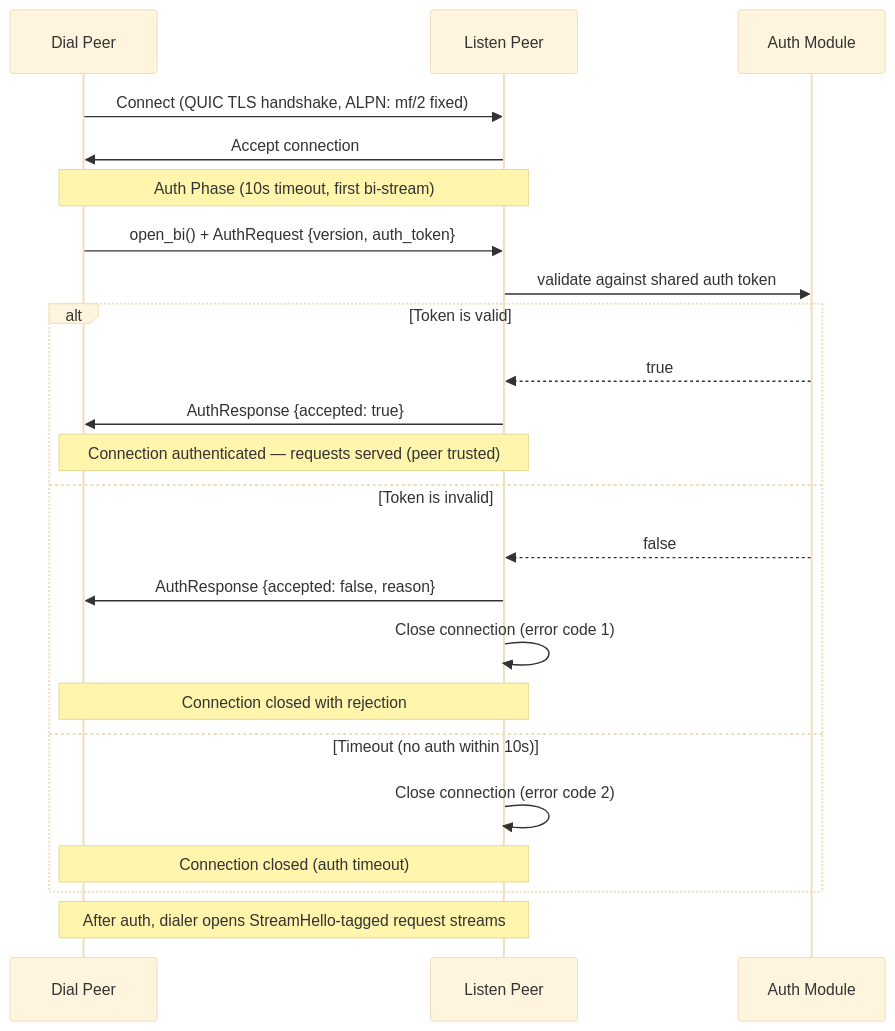
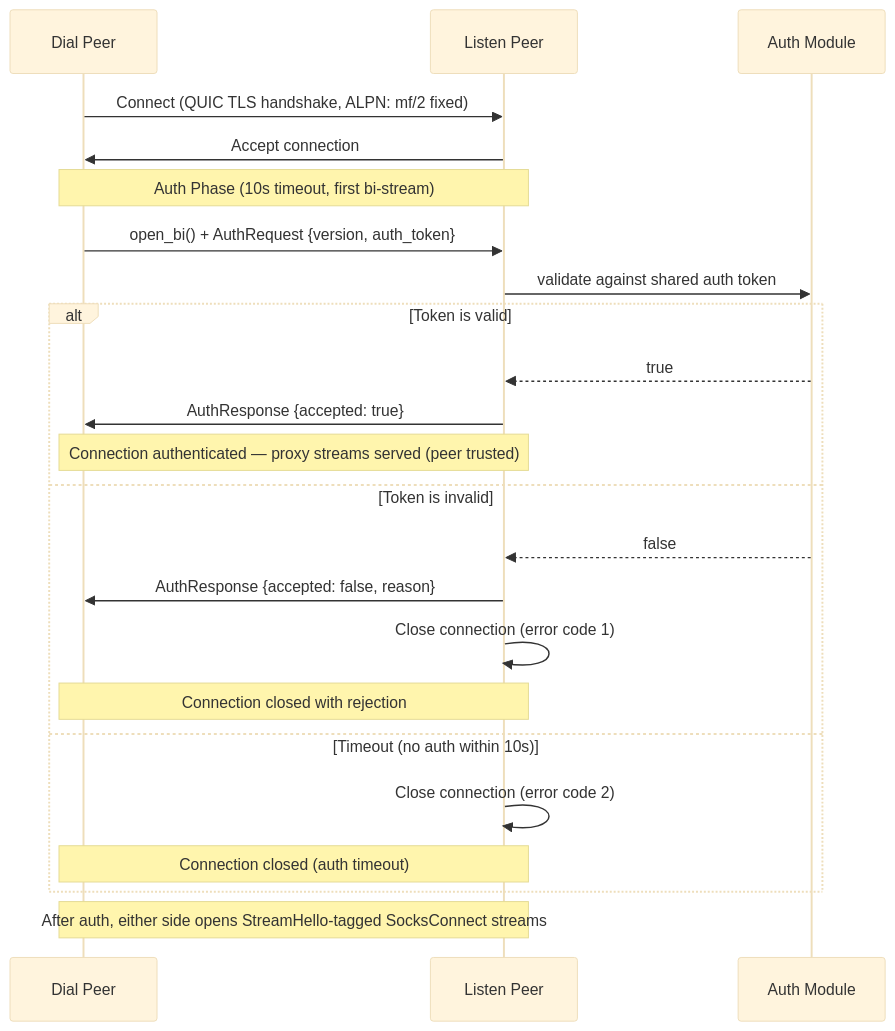
One commit to andrewtheguy/duopipe changed diagram 16 of 21 in docs/ARCHITECTURE.md. Above: the diagram before and after it, drawn with Mermaid (base theme). The commit also changed other lines of this file and 11 other files, not shown here.

````diff
--- a/docs/ARCHITECTURE.md
+++ b/docs/ARCHITECTURE.md
@@ -568,28 +571,28 @@
 ```mermaid
 sequenceDiagram
     participant D as Dial Peer
     participant L as Listen Peer
     participant A as Auth Module
 
     D->>L: Connect (QUIC TLS handshake, ALPN: mf/2 fixed)
     L->>D: Accept connection
 
     Note over D,L: Auth Phase (10s timeout, first bi-stream)
     D->>L: open_bi() + AuthRequest {version, auth_token}
     L->>A: validate against shared auth token
     alt Token is valid
         A-->>L: true
         L->>D: AuthResponse {accepted: true}
-        Note over L,D: Connection authenticated — requests served (peer trusted)
+        Note over L,D: Connection authenticated — proxy streams served (peer trusted)
     else Token is invalid
         A-->>L: false
         L->>D: AuthResponse {accepted: false, reason}
         L->>L: Close connection (error code 1)
         Note over L,D: Connection closed with rejection
     else Timeout (no auth within 10s)
         L->>L: Close connection (error code 2)
         Note over L,D: Connection closed (auth timeout)
     end
 
-    Note over D,L: After auth, dialer opens StreamHello-tagged request streams
+    Note over D,L: After auth, either side opens StreamHello-tagged SocksConnect streams
 ```
````
